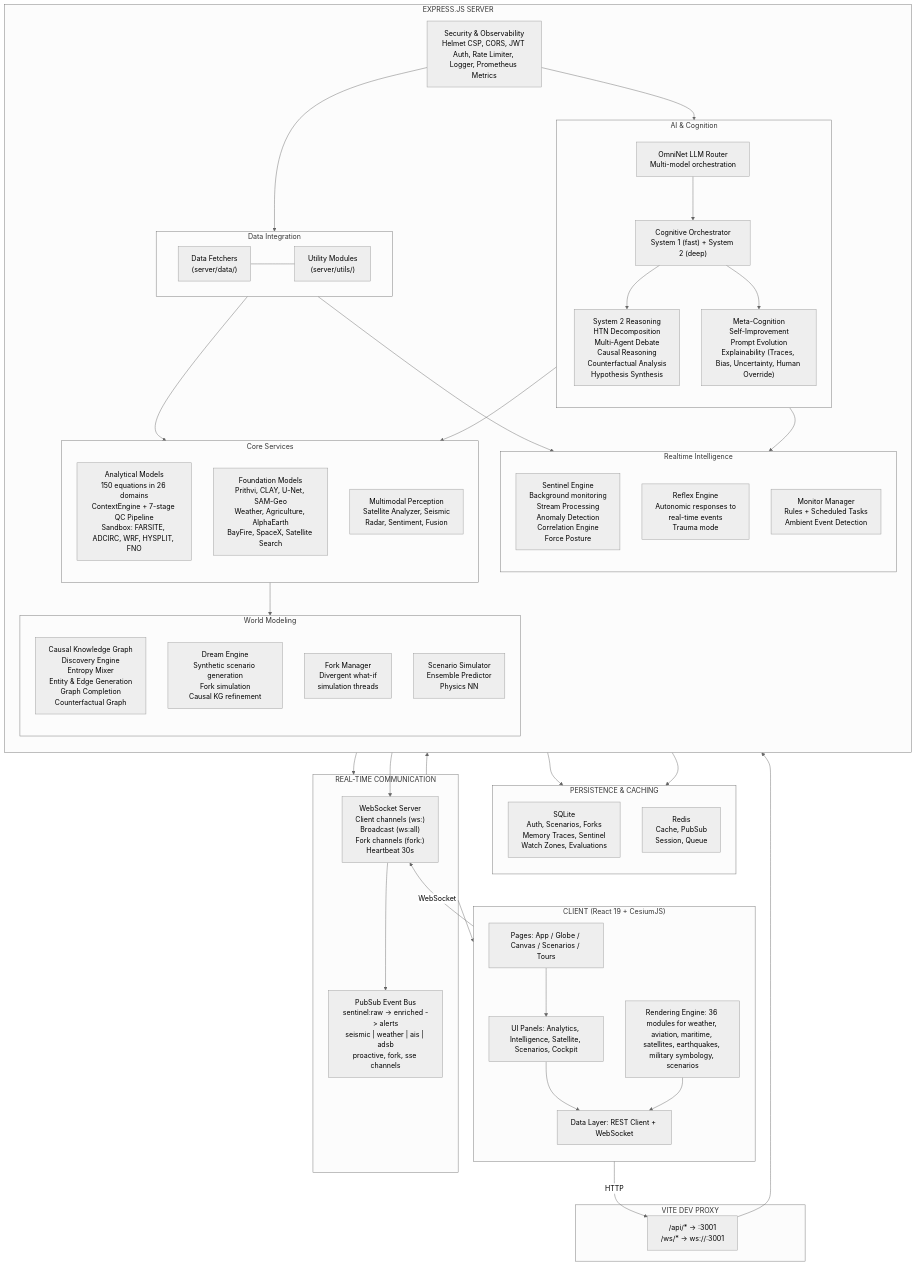
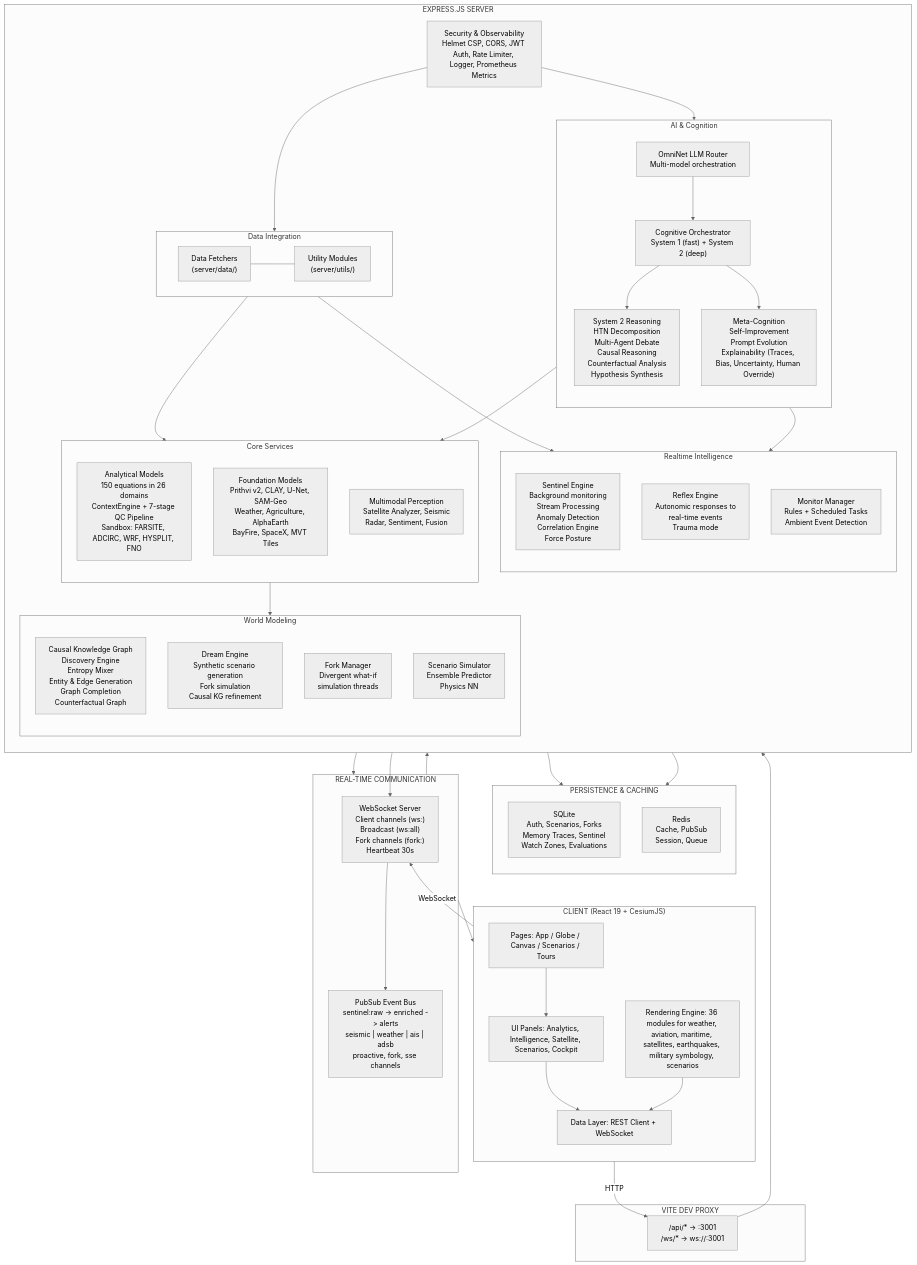
The first of 3 diagrams in README.md (sreyassanker/Terranoetis), drawn with Mermaid before and after one commit. The commit also changed other lines of this file and 1 other file, not shown here.

```diff
--- a/README.md
+++ b/README.md
@@ -49,7 +49,7 @@
         subgraph Core["Core Services"]
             direction TB
             Analytical["Analytical Models\n150 equations in 26 domains\nContextEngine + 7-stage QC Pipeline\nSandbox: FARSITE, ADCIRC, WRF, HYSPLIT, FNO"]
-            FM["Foundation Models\nPrithvi, CLAY, U-Net, SAM-Geo\nWeather, Agriculture, AlphaEarth\nBayFire, SpaceX, Satellite Search"]
+            FM["Foundation Models\nPrithvi v2, CLAY, U-Net, SAM-Geo\nWeather, Agriculture, AlphaEarth\nBayFire, SpaceX, MVT Tiles"]
             Multimodal["Multimodal Perception\nSatellite Analyzer, Seismic\nRadar, Sentiment, Fusion"]
         end
 
```
